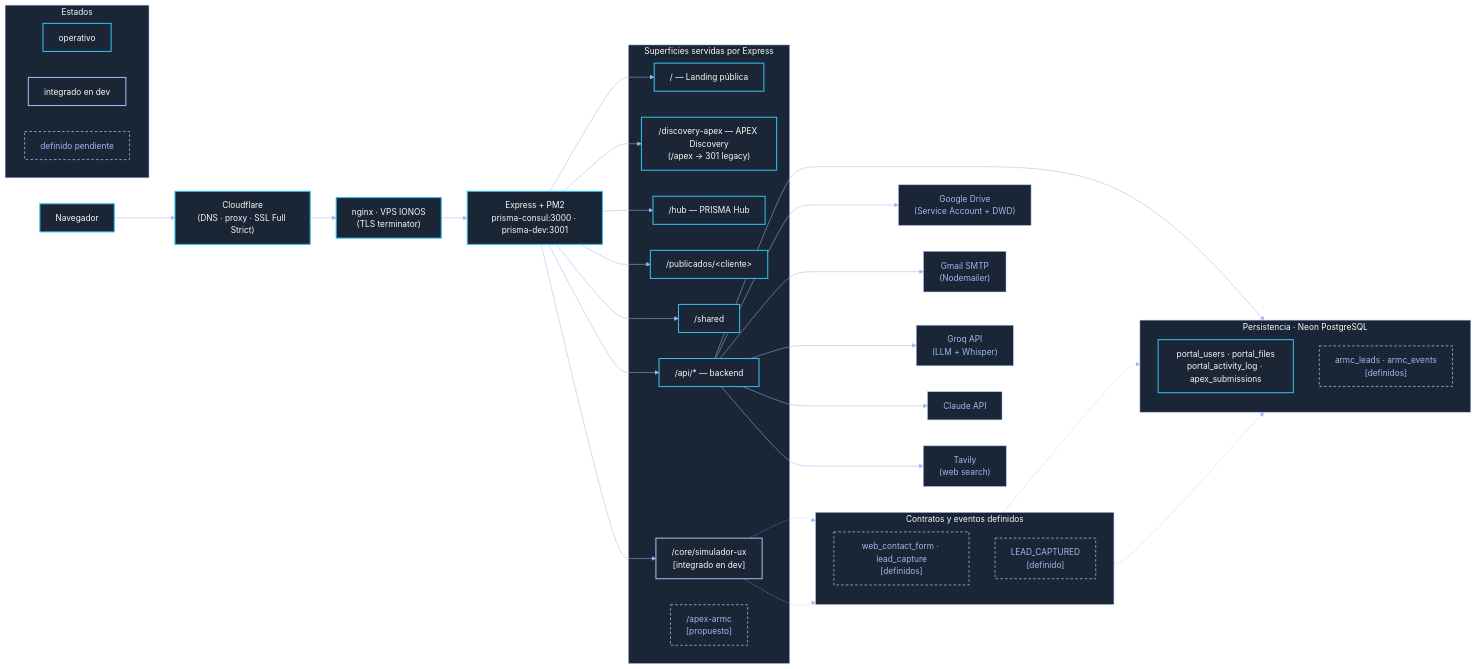
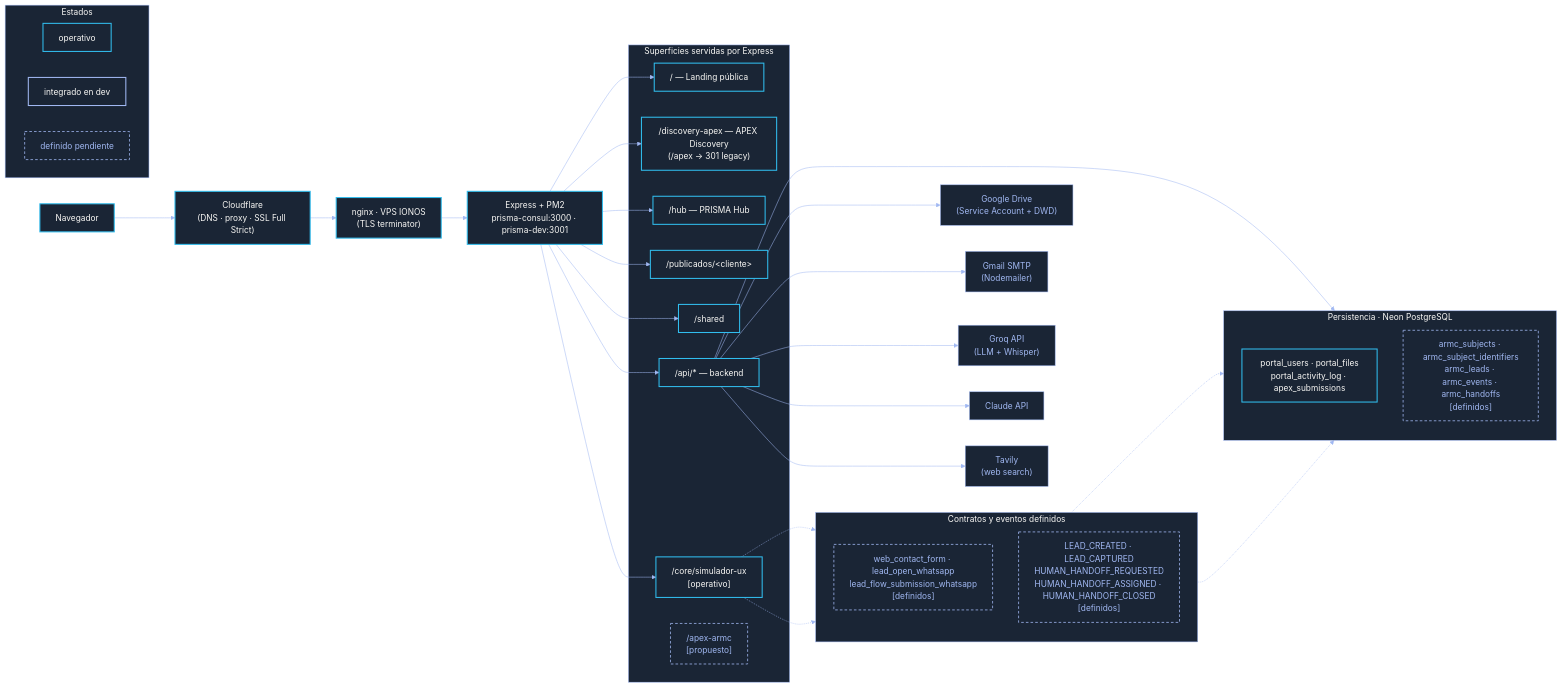
Before and after one commit to adminmc2/prisma_consul: the diagram in docs/ARQUITECTURA.md, drawn with Mermaid. The commit also changed other lines of this file and 2 other files, not shown here.

Commit message:
docs(simulador,arquitectura,operativa): cierre S5 del plan subject_id — corrección de derivas post-S1/S4 (S5/5)

````diff
--- a/docs/ARQUITECTURA.md
+++ b/docs/ARQUITECTURA.md
@@ -59,71 +59,71 @@
 ```mermaid
 %%{init: {'theme':'base','themeVariables':{
   'background':'#101B2C',
   'primaryColor':'#1a2535',
   'primaryTextColor':'#FAF9F6',
   'primaryBorderColor':'#31BEEF',
   'secondaryColor':'#1a2535',
   'secondaryTextColor':'#A1B8F2',
   'secondaryBorderColor':'#A1B8F2',
   'tertiaryColor':'#1a2535',
   'tertiaryTextColor':'#FAF9F6',
   'tertiaryBorderColor':'#A1B8F2',
   'lineColor':'#A1B8F2',
   'fontFamily':'Quicksand, Source Sans 3, sans-serif'
 }}}%%
 flowchart LR
     classDef op       fill:#1a2535,stroke:#31BEEF,stroke-width:2px,color:#FAF9F6
     classDef dev      fill:#1a2535,stroke:#A1B8F2,stroke-width:2px,color:#FAF9F6
     classDef pending  fill:#1a2535,stroke:#A1B8F2,stroke-width:1.5px,stroke-dasharray:5 4,color:#A1B8F2
     classDef ext      fill:#1a2535,stroke:#A1B8F2,color:#A1B8F2
 
     Browser["Navegador"]:::op
     CF["Cloudflare<br/>(DNS · proxy · SSL Full Strict)"]:::op
     NGINX["nginx · VPS IONOS<br/>(TLS terminator)"]:::op
     EXPRESS["Express + PM2<br/>prisma-consul:3000 · prisma-dev:3001"]:::op
 
     subgraph SURFACES["Superficies servidas por Express"]
       ROOT["/ — Landing pública"]:::op
       APEX["/discovery-apex — APEX Discovery<br/>(/apex → 301 legacy)"]:::op
       HUB["/hub — PRISMA Hub"]:::op
       PUB["/publicados/&lt;cliente&gt;"]:::op
       SHARED["/shared"]:::op
       API["/api/* — backend"]:::op
-      SIM["/core/simulador-ux<br/>[integrado en dev]"]:::dev
+      SIM["/core/simulador-ux<br/>[operativo]"]:::op
       APEXARMC["/apex-armc<br/>[propuesto]"]:::pending
     end
 
     subgraph PERSIST["Persistencia · Neon PostgreSQL"]
       direction TB
       OPDB["portal_users · portal_files<br/>portal_activity_log · apex_submissions"]:::op
-      DEFDB["armc_leads · armc_events<br/>[definidos]"]:::pending
+      DEFDB["armc_subjects · armc_subject_identifiers<br/>armc_leads · armc_events · armc_handoffs<br/>[definidos]"]:::pending
     end
 
     subgraph CTR["Contratos y eventos definidos"]
       direction TB
-      FORMS["web_contact_form · lead_capture<br/>[definidos]"]:::pending
-      EVT["LEAD_CAPTURED<br/>[definido]"]:::pending
+      FORMS["web_contact_form · lead_open_whatsapp<br/>lead_flow_submission_whatsapp<br/>[definidos]"]:::pending
+      EVT["LEAD_CREATED · LEAD_CAPTURED<br/>HUMAN_HANDOFF_REQUESTED<br/>HUMAN_HANDOFF_ASSIGNED · HUMAN_HANDOFF_CLOSED<br/>[definidos]"]:::pending
     end
 
     DRIVE["Google Drive<br/>(Service Account + DWD)"]:::ext
     GMAIL["Gmail SMTP<br/>(Nodemailer)"]:::ext
     GROQ["Groq API<br/>(LLM + Whisper)"]:::ext
     CLAUDEA["Claude API"]:::ext
     TAVILY["Tavily<br/>(web search)"]:::ext
 
     Browser --> CF --> NGINX --> EXPRESS
     EXPRESS --> ROOT & APEX & HUB & PUB & SHARED & API & SIM
     API --> OPDB
     API --> DRIVE & GMAIL & GROQ & CLAUDEA & TAVILY
     SIM -.-> FORMS
     SIM -.-> EVT
     FORMS -.-> DEFDB
     EVT -.-> DEFDB
 
     subgraph LEYENDA["Estados"]
       direction LR
       LOP["operativo"]:::op
       LDEV["integrado en dev"]:::dev
       LDEF["definido pendiente"]:::pending
     end
 ```
````
